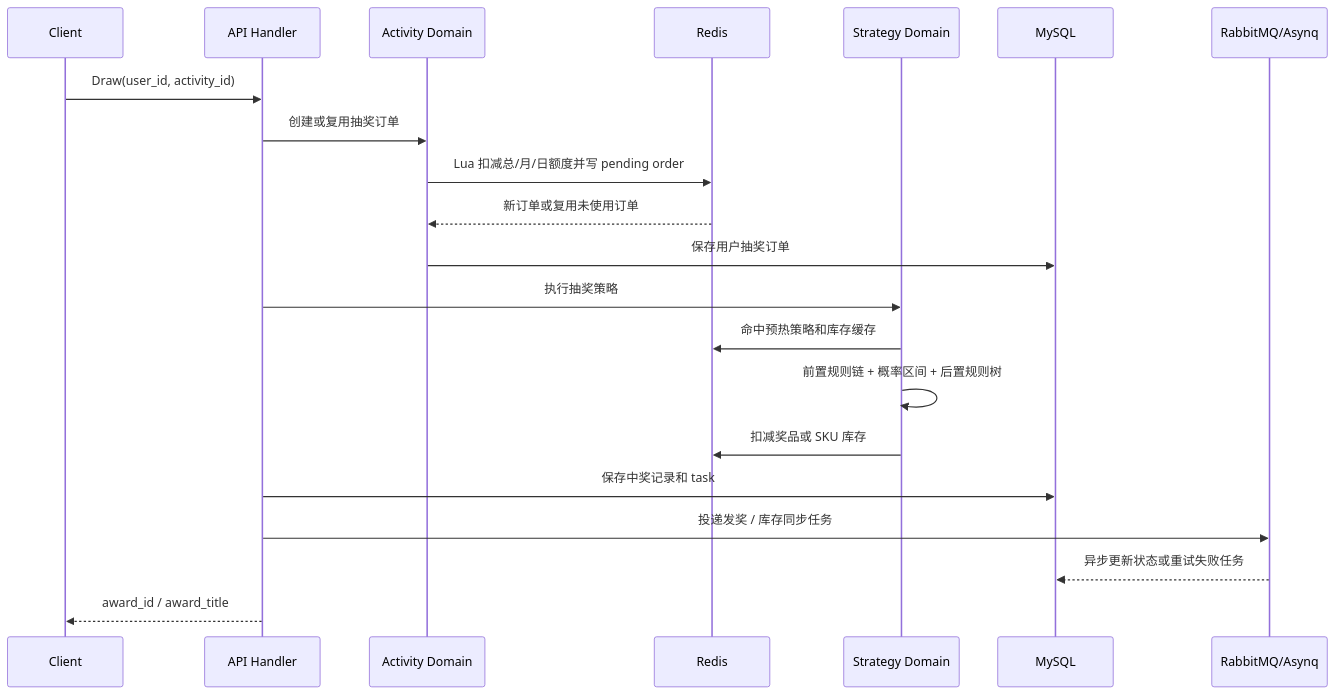
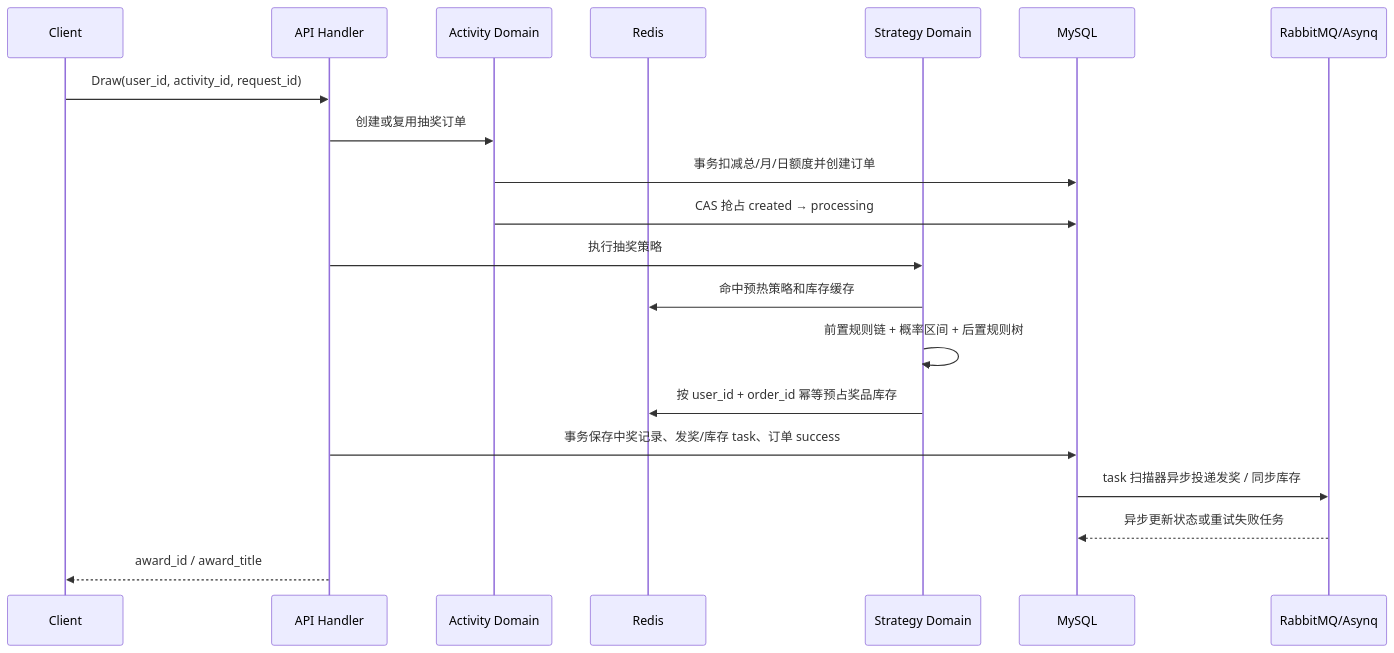
Before and after one commit to yywencs/PrizeForge: the second of 2 diagrams in README.md, drawn with Mermaid. The commit also changed other lines of this file, not shown here.

Commit message:
docs: 更新抽奖幂等主链路与调用示例

````diff
--- a/README.md
+++ b/README.md
@@ -41,24 +41,23 @@
 ```mermaid
 sequenceDiagram
     participant C as Client
     participant S as API Handler
     participant A as Activity Domain
     participant R as Redis
     participant ST as Strategy Domain
     participant DB as MySQL
     participant MQ as RabbitMQ/Asynq
 
-    C->>S: Draw(user_id, activity_id)
+    C->>S: Draw(user_id, activity_id, request_id)
     S->>A: 创建或复用抽奖订单
-    A->>R: Lua 扣减总/月/日额度并写 pending order
-    R-->>A: 新订单或复用未使用订单
-    A->>DB: 保存用户抽奖订单
+    A->>DB: 事务扣减总/月/日额度并创建订单
+    A->>DB: CAS 抢占 created → processing
     S->>ST: 执行抽奖策略
     ST->>R: 命中预热策略和库存缓存
     ST->>ST: 前置规则链 + 概率区间 + 后置规则树
-    ST->>R: 扣减奖品或 SKU 库存
-    S->>DB: 保存中奖记录和 task
-    S->>MQ: 投递发奖 / 库存同步任务
+    ST->>R: 按 user_id + order_id 幂等预占奖品库存
+    S->>DB: 事务保存中奖记录、发奖/库存 task、订单 success
+    DB->>MQ: task 扫描器异步投递发奖 / 同步库存
     MQ-->>DB: 异步更新状态或重试失败任务
     S-->>C: award_id / award_title
 ```
````
